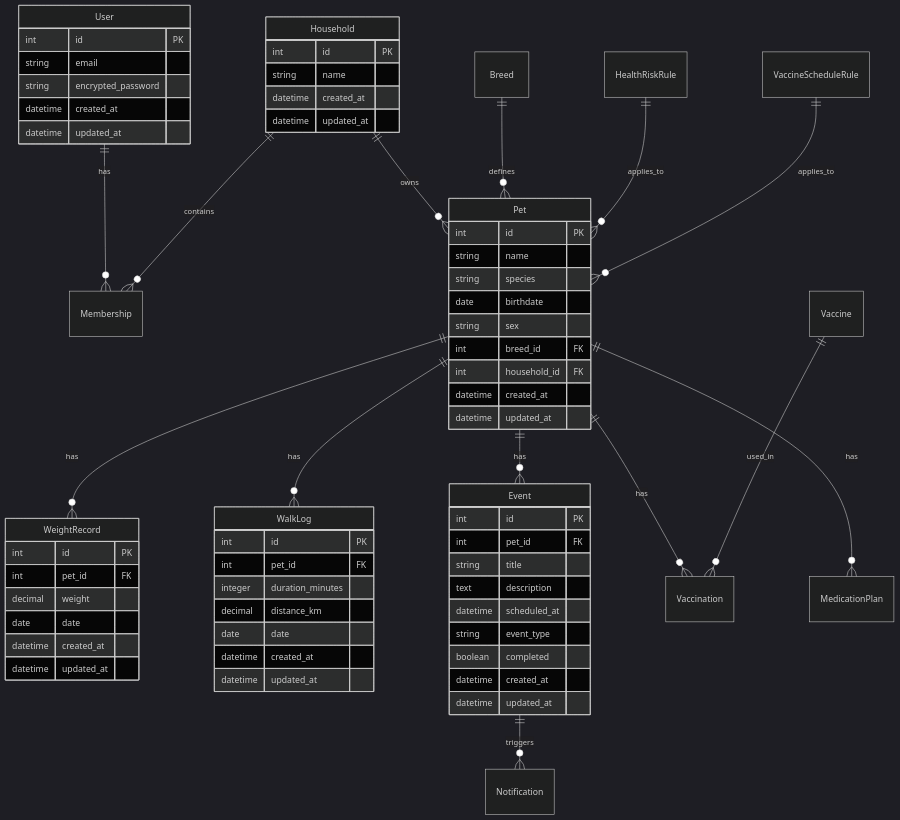
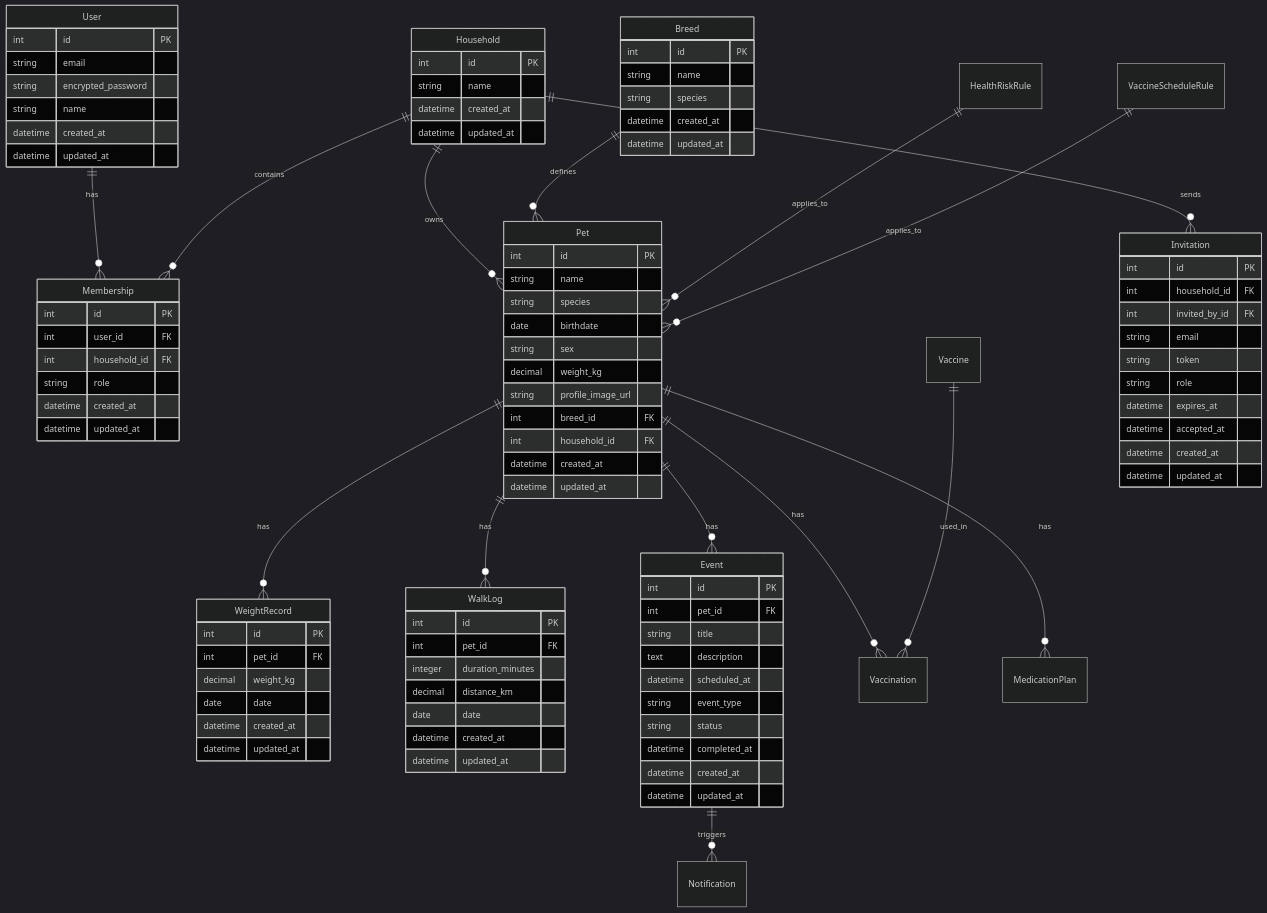
One commit to taiyifuyuan2/pet-health2 changed the first of 2 diagrams in README.md. Above: the diagram before and after it, drawn with Mermaid (dark theme). The commit also changed other lines of this file, not shown here.

```diff
--- a/README.md
+++ b/README.md
@@ -110,11 +134,13 @@
     Vaccine ||--o{ Vaccination : used_in
     HealthRiskRule ||--o{ Pet : applies_to
     VaccineScheduleRule ||--o{ Pet : applies_to
+    Household ||--o{ Invitation : sends
 
     User {
         int id PK
         string email
         string encrypted_password
+        string name
         datetime created_at
         datetime updated_at
     }
@@ -126,12 +152,36 @@
         datetime updated_at
     }
 
+    Membership {
+        int id PK
+        int user_id FK
+        int household_id FK
+        string role
+        datetime created_at
+        datetime updated_at
+    }
+
+    Invitation {
+        int id PK
+        int household_id FK
+        int invited_by_id FK
+        string email
+        string token
+        string role
+        datetime expires_at
+        datetime accepted_at
+        datetime created_at
+        datetime updated_at
+    }
+
     Pet {
         int id PK
         string name
         string species
         date birthdate
         string sex
+        decimal weight_kg
+        string profile_image_url
         int breed_id FK
         int household_id FK
         datetime created_at
@@ -141,7 +191,7 @@
     WeightRecord {
         int id PK
         int pet_id FK
-        decimal weight
+        decimal weight_kg
         date date
         datetime created_at
         datetime updated_at
@@ -164,7 +214,16 @@
         text description
         datetime scheduled_at
         string event_type
-        boolean completed
+        string status
+        datetime completed_at
+        datetime created_at
+        datetime updated_at
+    }
+
+    Breed {
+        int id PK
+        string name
+        string species
         datetime created_at
         datetime updated_at
     }
```
